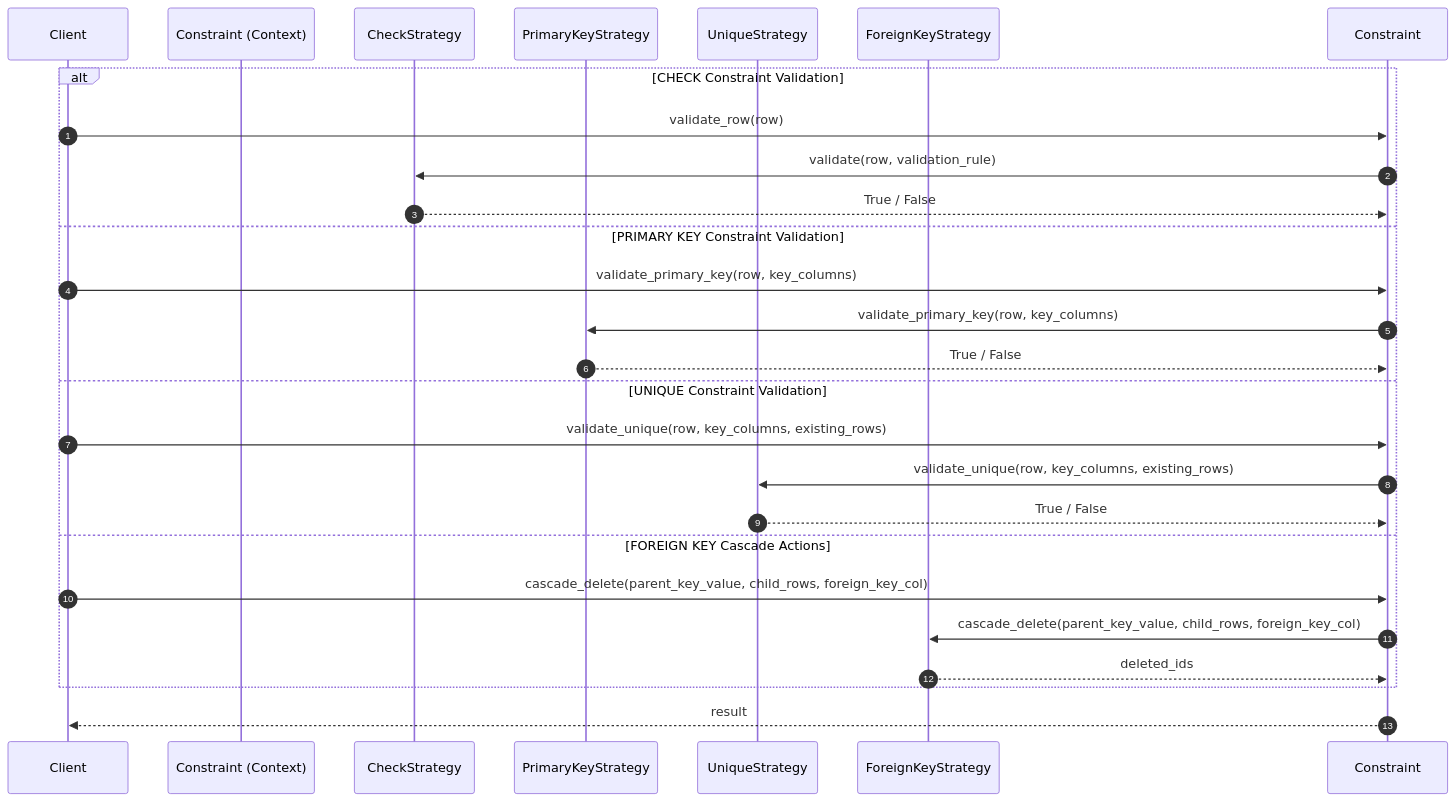
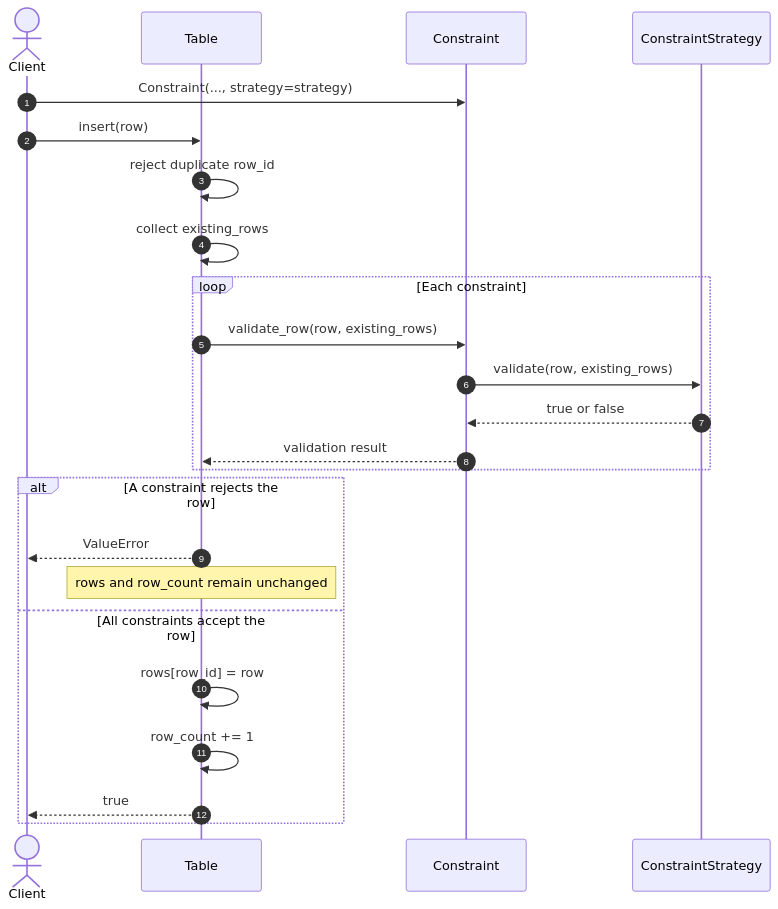
The second of 7 diagrams in docs/diagrams/sequence/design_patterns/database_object.md (taitran501/DBMS), drawn with Mermaid before and after one commit. The commit also changed other lines of this file and 1 other file, not shown here.

Commit message:
docs(database_object): update Builder and Strategy pattern in sequence diagrams

````diff
--- a/docs/diagrams/sequence/design_patterns/database_object.md
+++ b/docs/diagrams/sequence/design_patterns/database_object.md
@@ -35,29 +43,29 @@
 ```mermaid
 sequenceDiagram
     autonumber
-    participant Client
-    participant Constraint (Context)
-    participant CheckStrategy
-    participant PrimaryKeyStrategy
-    participant UniqueStrategy
-    participant ForeignKeyStrategy
+    actor Client
+    participant Table
+    participant Constraint
+    participant Strategy as ConstraintStrategy
 
-    alt CHECK Constraint Validation
-        Client->>Constraint: validate_row(row)
-        Constraint->>CheckStrategy: validate(row, validation_rule)
-        CheckStrategy-->>Constraint: True / False
-    else PRIMARY KEY Constraint Validation
-        Client->>Constraint: validate_primary_key(row, key_columns)
-        Constraint->>PrimaryKeyStrategy: validate_primary_key(row, key_columns)
-        PrimaryKeyStrategy-->>Constraint: True / False
-    else UNIQUE Constraint Validation
-        Client->>Constraint: validate_unique(row, key_columns, existing_rows)
-        Constraint->>UniqueStrategy: validate_unique(row, key_columns, existing_rows)
-        UniqueStrategy-->>Constraint: True / False
-    else FOREIGN KEY Cascade Actions
-        Client->>Constraint: cascade_delete(parent_key_value, child_rows, foreign_key_col)
-        Constraint->>ForeignKeyStrategy: cascade_delete(parent_key_value, child_rows, foreign_key_col)
-        ForeignKeyStrategy-->>Constraint: deleted_ids
+    Client->>Constraint: Constraint(..., strategy=strategy)
+    Client->>Table: insert(row)
+    Table->>Table: reject duplicate row_id
+    Table->>Table: collect existing_rows
+
+    loop Each constraint
+        Table->>Constraint: validate_row(row, existing_rows)
+        Constraint->>Strategy: validate(row, existing_rows)
+        Strategy-->>Constraint: true or false
+        Constraint-->>Table: validation result
     end
-    Constraint-->>Client: result
+
+    alt A constraint rejects the row
+        Table-->>Client: ValueError
+        Note over Table: rows and row_count remain unchanged
+    else All constraints accept the row
+        Table->>Table: rows[row_id] = row
+        Table->>Table: row_count += 1
+        Table-->>Client: true
+    end
 ```
````
